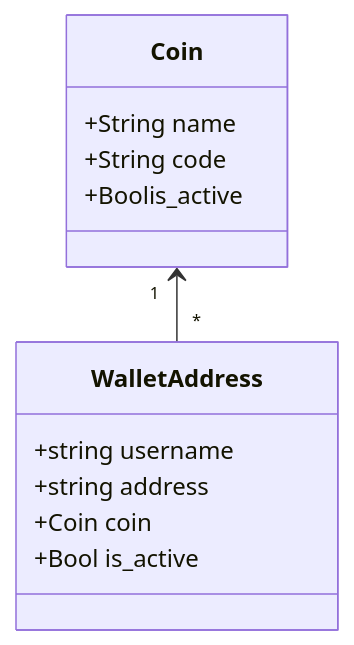
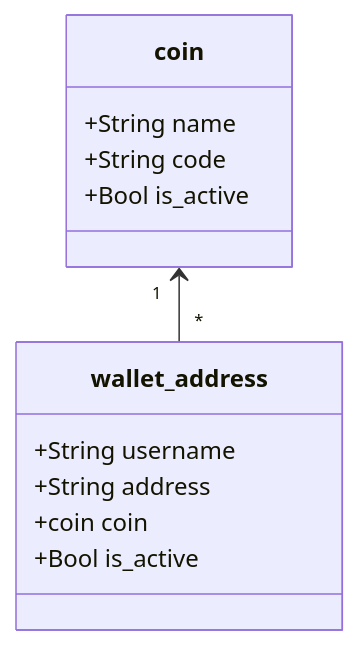
One commit to backupbrain/expressjs-federated-crypto-address-api changed the diagram in README.md. Above: the diagram before and after it, drawn with Mermaid. The commit also changed other lines of this file, not shown here.

````diff
--- a/README.md
+++ b/README.md
@@ -16,16 +16,16 @@
 ```mermaid
 classDiagram
-    Coin "1" <-- "*" WalletAddress
-    class Coin{
+    coin "1" <-- "*" wallet_address
+    class coin{
       +String name
       +String code
-      +Boolis_active
-    }
-    class WalletAddress{
-      +string username
-      +string address
-      +Coin coin
       +Bool is_active
     }
-            
+    class wallet_address{
+      +String username
+      +String address
+      +coin coin
+      +Bool is_active
+    }
+
 ```
````
